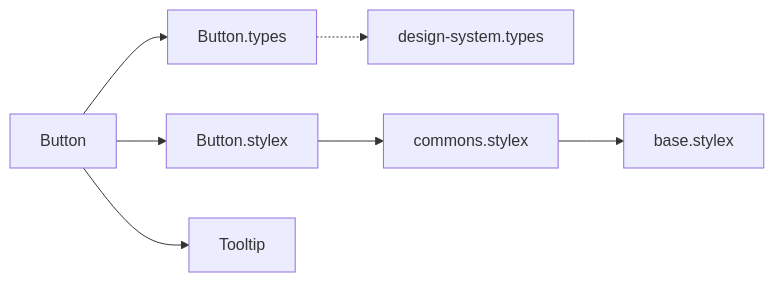
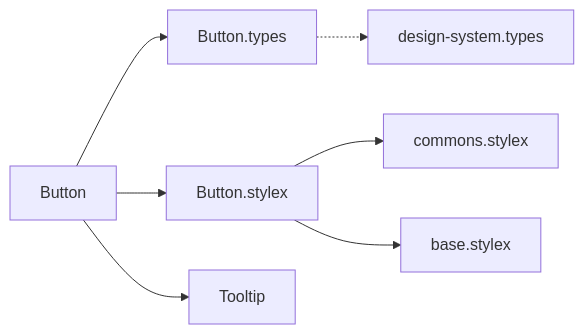
One commit to luciocabrera/lcabrera-stack changed the first of 3 diagrams in src/components/Button/ARCHITECTURE.md. Above: the diagram before and after it, drawn with Mermaid. The commit also changed 8 other files, not shown here.

Commit message:
feat: add architecture documentation for ColumnSettingsDrawer and its sections

````diff
--- a/src/components/Button/ARCHITECTURE.md
+++ b/src/components/Button/ARCHITECTURE.md
@@ -15,11 +15,11 @@
 ```mermaid
 graph LR
   Button --> Button.types
   Button --> Button.stylex
   Button --> Tooltip
 
   Button.types -.-> design-system.types
 
   Button.stylex --> commons.stylex
-  commons.stylex --> base.stylex
+  Button.stylex --> base.stylex
 ```
````
